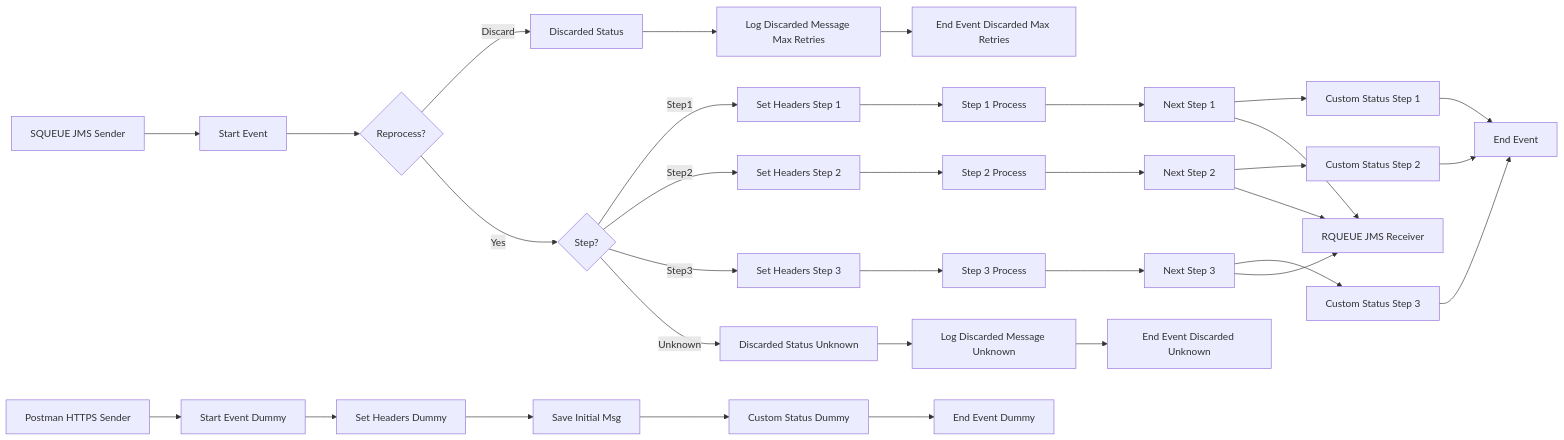
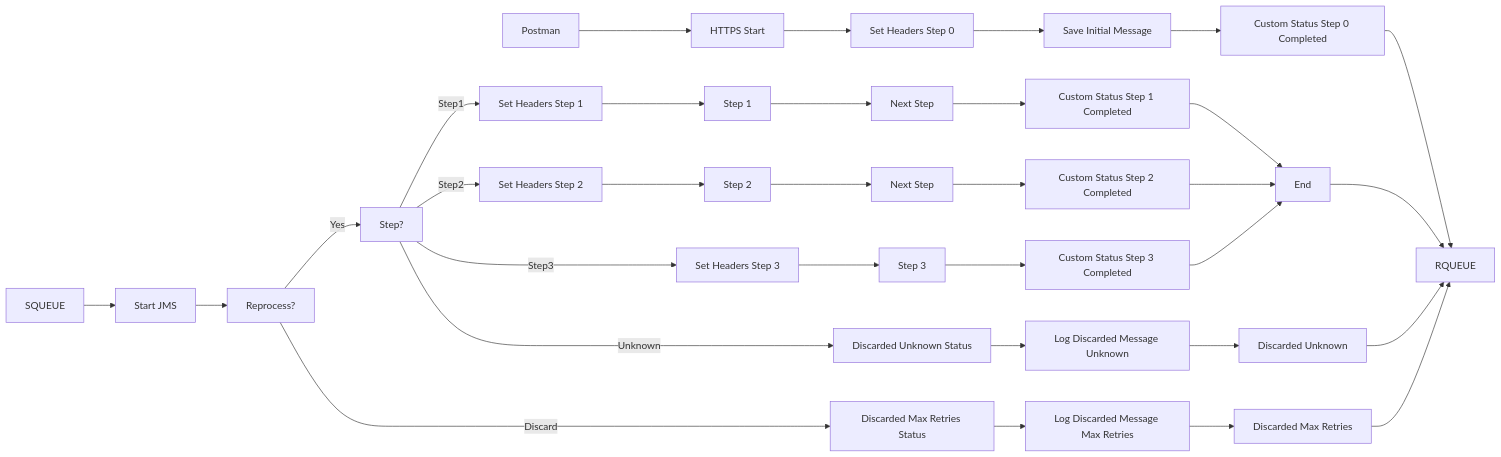
The diagram in MMZ - Cell Iflows/SEDA_Model_-_Single_Queue_-_Restart_and_Discard_MMZ-1.0.0/readme.md (Avvale-IA-CICD/AvvaleCPI), drawn with Mermaid before and after one commit. The commit also changed other lines of this file, not shown here.

Commit message:
Add/update documentation for SEDA_Model_-_Single_Queue_-_Restart_and_Discard_MMZ v1.0.0

````diff
--- a/MMZ - Cell Iflows/SEDA_Model_-_Single_Queue_-_Restart_and_Discard_MMZ-1.0.0/readme.md
+++ b/MMZ - Cell Iflows/SEDA_Model_-_Single_Queue_-_Restart_and_Discard_MMZ-1.0.0/readme.md
@@ -5,35 +4,40 @@
 ```mermaid
 graph LR
-    SQUEUE[SQUEUE JMS Sender] --> StartEvent[Start Event]
-    StartEvent --> ReprocessGateway{Reprocess?}
-    ReprocessGateway -- Discard --> DiscardedStatus[Discarded Status]
-    DiscardedStatus --> LogDiscardedMessageMaxRetries[Log Discarded Message Max Retries]
-    LogDiscardedMessageMaxRetries --> EndEventDiscardedMaxRetries[End Event Discarded Max Retries]
-    ReprocessGateway -- Yes --> StepGateway{Step?}
-    StepGateway -- Step1 --> SetHeadersStep1[Set Headers Step 1]
-    SetHeadersStep1 --> Step1[Step 1 Process]
-    StepGateway -- Step2 --> SetHeadersStep2[Set Headers Step 2]
-    SetHeadersStep2 --> Step2[Step 2 Process]
-    StepGateway -- Step3 --> SetHeadersStep3[Set Headers Step 3]
-    SetHeadersStep3 --> Step3[Step 3 Process]
-    StepGateway -- Unknown --> DiscardedStatusUnknown[Discarded Status Unknown]
-    DiscardedStatusUnknown --> LogDiscardedMessageUnknown[Log Discarded Message Unknown]
-    LogDiscardedMessageUnknown --> EndEventDiscardedUnknown[End Event Discarded Unknown]
-    Step1 --> NextStep1[Next Step 1]
-    Step2 --> NextStep2[Next Step 2]
-    Step3 --> NextStep3[Next Step 3]
-    NextStep1 --> CustomStatusStep1[Custom Status Step 1]
-    NextStep2 --> CustomStatusStep2[Custom Status Step 2]
-    NextStep3 --> CustomStatusStep3[Custom Status Step 3]
-    CustomStatusStep1 --> EndEvent[End Event]
-    CustomStatusStep2 --> EndEvent[End Event]
-    CustomStatusStep3 --> EndEvent[End Event]
-    NextStep1 --> RQUEUE[RQUEUE JMS Receiver]
-    NextStep2 --> RQUEUE[RQUEUE JMS Receiver]
-    NextStep3 --> RQUEUE[RQUEUE JMS Receiver]
-    Postman[Postman HTTPS Sender] --> StartEventDummy[Start Event Dummy]
-    StartEventDummy --> SetHeadersDummy[Set Headers Dummy]
-    SetHeadersDummy --> SaveInitialMsg[Save Initial Msg]
-    SaveInitialMsg --> CustomStatusDummy[Custom Status Dummy]
-    CustomStatusDummy --> EndEventDummy[End Event Dummy]
+    Postman --> HTTPS_Start[HTTPS Start]
+    HTTPS_Start --> SetHeaders0[Set Headers Step 0]
+    SetHeaders0 --> SaveInitialMsg[Save Initial Message]
+    SaveInitialMsg --> CustomStatus0[Custom Status Step 0 Completed]
+    CustomStatus0 --> RQUEUE
+
+    SQUEUE --> Start[Start JMS]
+    Start --> Reprocess[Reprocess?]
+    Reprocess -- Yes --> StepCheck[Step?]
+    Reprocess -- Discard --> DiscardMaxRetriesStatus[Discarded Max Retries Status]
+    DiscardMaxRetriesStatus --> LogDiscardedMessageMaxRetries[Log Discarded Message Max Retries]
+    LogDiscardedMessageMaxRetries --> DiscardedMaxRetries[Discarded Max Retries]
+
+    StepCheck -- Step1 --> SetHeaders1[Set Headers Step 1]
+    StepCheck -- Step2 --> SetHeaders2[Set Headers Step 2]
+    StepCheck -- Step3 --> SetHeaders3[Set Headers Step 3]
+    StepCheck -- Unknown --> DiscardUnknownStatus[Discarded Unknown Status]
+    DiscardUnknownStatus --> LogDiscardedMessageUnknown[Log Discarded Message Unknown]
+    LogDiscardedMessageUnknown --> DiscardedUnknown[Discarded Unknown]
+
+    SetHeaders1 --> Step1[Step 1]
+    Step1 --> NextStep1[Next Step]
+    NextStep1 --> CustomStatus1[Custom Status Step 1 Completed]
+    CustomStatus1 --> End
+
+    SetHeaders2 --> Step2[Step 2]
+    Step2 --> NextStep2[Next Step]
+    NextStep2 --> CustomStatus2[Custom Status Step 2 Completed]
+    CustomStatus2 --> End
+
+    SetHeaders3 --> Step3[Step 3]
+    Step3 --> CustomStatus3[Custom Status Step 3 Completed]
+    CustomStatus3 --> End
+
+    End --> RQUEUE
+    DiscardedMaxRetries --> RQUEUE
+    DiscardedUnknown --> RQUEUE
 ```
````
